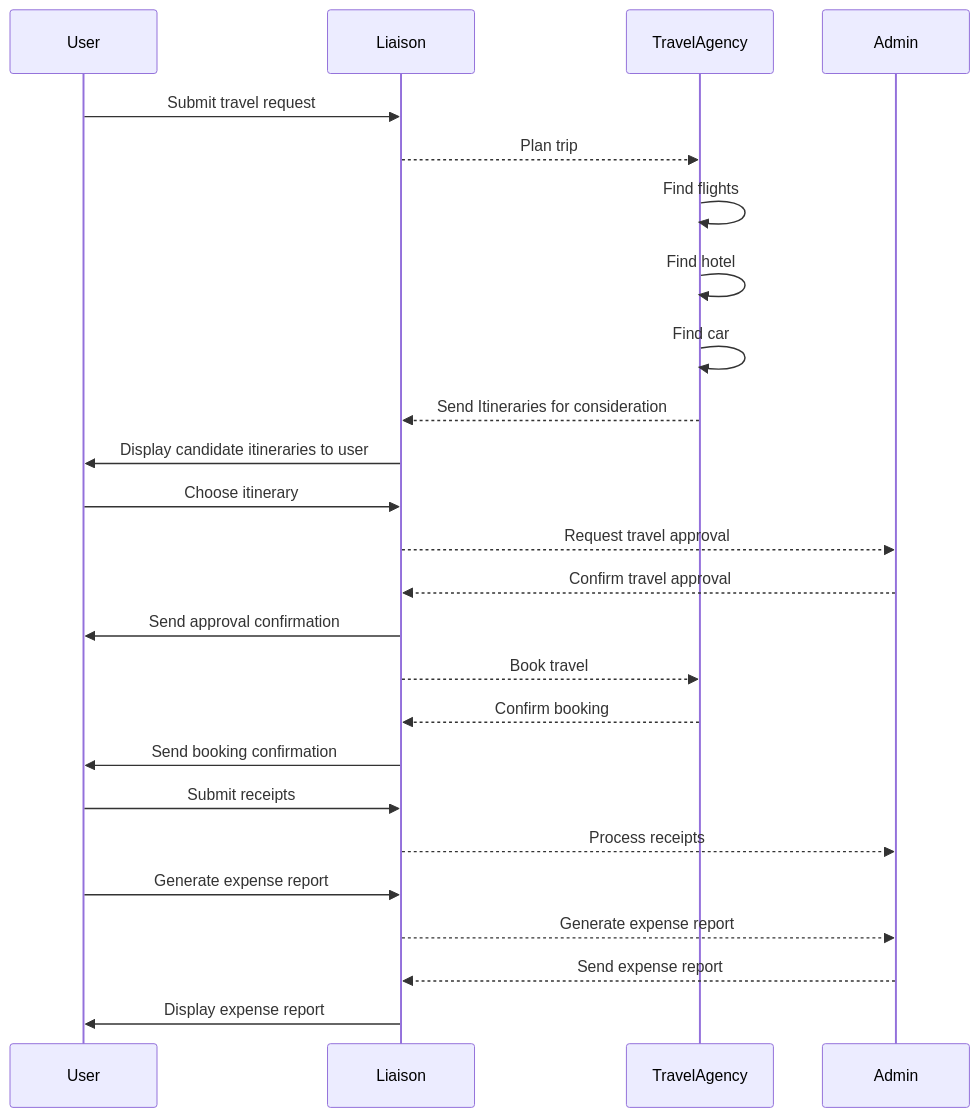
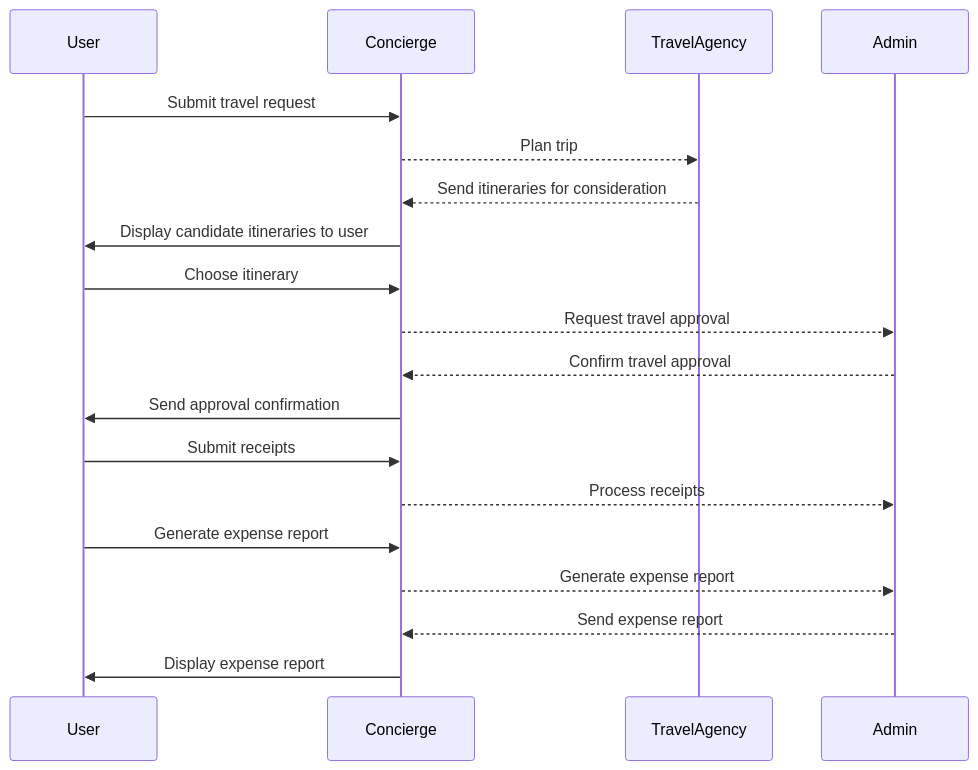
One commit to luisquintanilla/AccedeSimple changed the diagram in src/AccedeSimple.Service/README.md. Above: the diagram before and after it, drawn with Mermaid. The commit also changed 2 other files, not shown here.

````diff
--- a/src/AccedeSimple.Service/README.md
+++ b/src/AccedeSimple.Service/README.md
@@ -23,28 +23,22 @@
 ```mermaid
 sequenceDiagram
     participant User
-    participant Liaison
+    participant Concierge
     participant TravelAgency
     participant Admin
 
-    User->>Liaison: Submit travel request
-    Liaison-->>TravelAgency: Plan trip
-    TravelAgency->>TravelAgency: Find flights
-    TravelAgency->>TravelAgency: Find hotel
-    TravelAgency->>TravelAgency: Find car
-    TravelAgency-->>Liaison: Send Itineraries for consideration
-    Liaison->>User: Display candidate itineraries to user
-    User->>Liaison: Choose itinerary
-    Liaison-->>Admin: Request travel approval
-    Admin-->>Liaison: Confirm travel approval
-    Liaison->>User: Send approval confirmation
-    Liaison-->>TravelAgency: Book travel
-    TravelAgency-->>Liaison: Confirm booking
-    Liaison->>User: Send booking confirmation
-    User->>Liaison: Submit receipts
-    Liaison-->>Admin: Process receipts
-    User->>Liaison: Generate expense report
-    Liaison-->>Admin: Generate expense report
-    Admin-->>Liaison: Send expense report
-    Liaison->>User: Display expense report
+    User->>Concierge: Submit travel request
+    Concierge-->>TravelAgency: Plan trip
+    TravelAgency-->>Concierge: Send itineraries for consideration
+    Concierge->>User: Display candidate itineraries to user
+    User->>Concierge: Choose itinerary
+    Concierge-->>Admin: Request travel approval
+    Admin-->>Concierge: Confirm travel approval
+    Concierge->>User: Send approval confirmation
+    User->>Concierge: Submit receipts
+    Concierge-->>Admin: Process receipts
+    User->>Concierge: Generate expense report
+    Concierge-->>Admin: Generate expense report
+    Admin-->>Concierge: Send expense report
+    Concierge->>User: Display expense report
 ```
````
